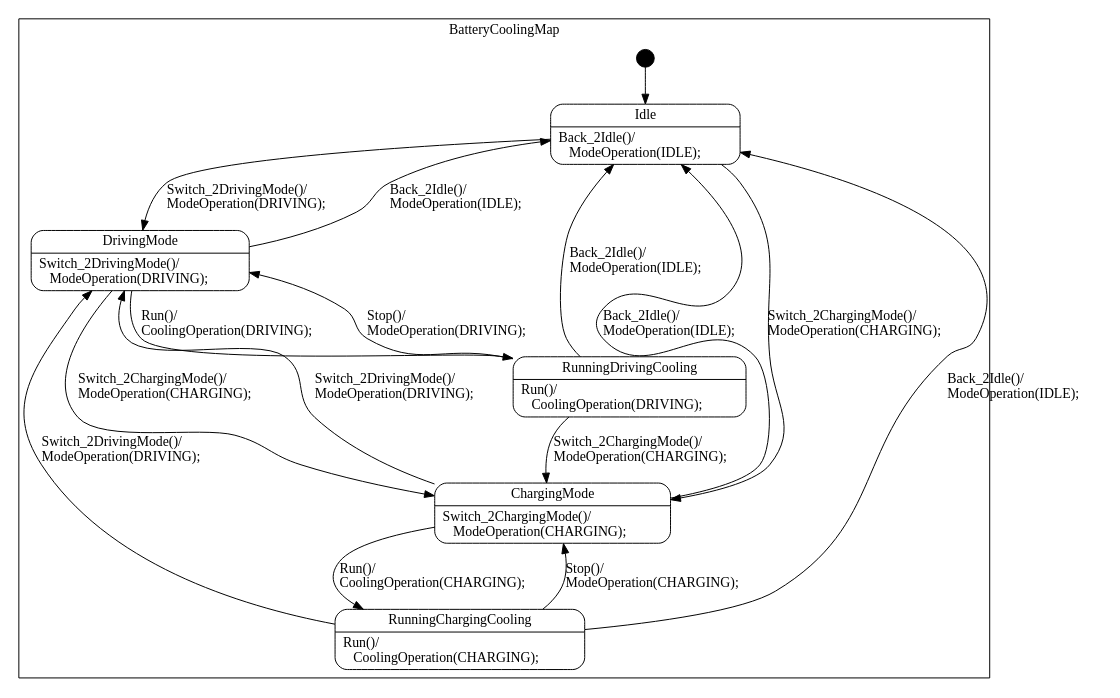
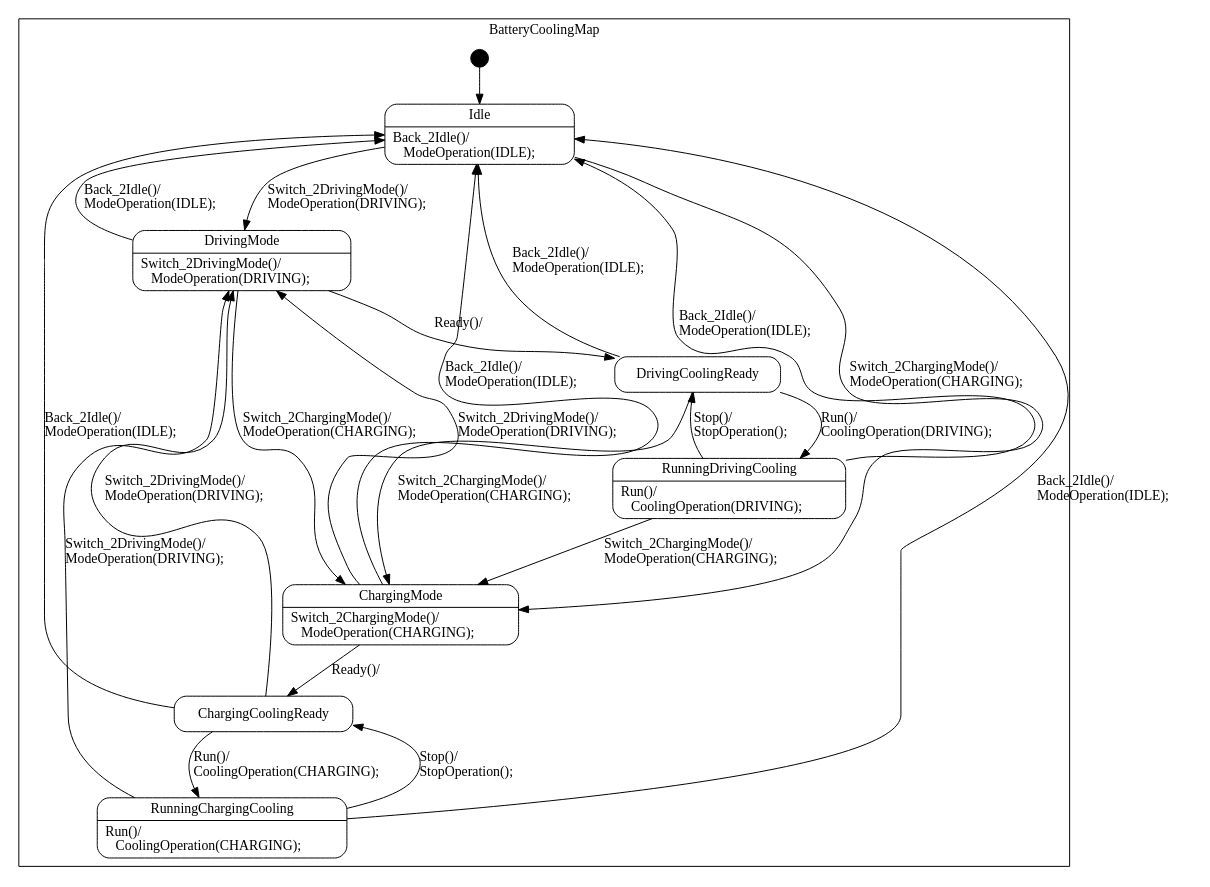
The diagram in C-practice/BatteryCooling_ES80/BatteryCooling_ES80_sm.dot (Hsu1685/SMC-Learning), drawn with Graphviz before and after one commit. The commit also changed 3 other files, not shown here.

```diff
--- a/C-practice/BatteryCooling_ES80/BatteryCooling_ES80_sm.dot
+++ b/C-practice/BatteryCooling_ES80/BatteryCooling_ES80_sm.dot
@@ -1,81 +1,105 @@
 digraph BatteryCooling_ES80 {
 
     node
         [shape=Mrecord width=1.5];
 
     subgraph cluster_BatteryCoolingMap {
 
         label="BatteryCoolingMap";
 
         //
         // States (Nodes)
         //
 
         "BatteryCoolingMap::Idle"
             [label="{Idle|Back_2Idle()/\l&nbsp;&nbsp;&nbsp;ModeOperation(IDLE);\l}"];
 
         "BatteryCoolingMap::DrivingMode"
             [label="{DrivingMode|Switch_2DrivingMode()/\l&nbsp;&nbsp;&nbsp;ModeOperation(DRIVING);\l}"];
 
         "BatteryCoolingMap::ChargingMode"
             [label="{ChargingMode|Switch_2ChargingMode()/\l&nbsp;&nbsp;&nbsp;ModeOperation(CHARGING);\l}"];
 
+        "BatteryCoolingMap::DrivingCoolingReady"
+            [label="{DrivingCoolingReady}"];
+
         "BatteryCoolingMap::RunningDrivingCooling"
             [label="{RunningDrivingCooling|Run()/\l&nbsp;&nbsp;&nbsp;CoolingOperation(DRIVING);\l}"];
+
+        "BatteryCoolingMap::ChargingCoolingReady"
+            [label="{ChargingCoolingReady}"];
 
         "BatteryCoolingMap::RunningChargingCooling"
             [label="{RunningChargingCooling|Run()/\l&nbsp;&nbsp;&nbsp;CoolingOperation(CHARGING);\l}"];
 
         "%start"
             [label="" shape=circle style=filled fillcolor=black width=0.25];
 
         //
         // Transitions (Edges)
         //
 
         "BatteryCoolingMap::Idle" -> "BatteryCoolingMap::DrivingMode"
             [label="Switch_2DrivingMode()/\lModeOperation(DRIVING);\l"];
 
         "BatteryCoolingMap::Idle" -> "BatteryCoolingMap::ChargingMode"
             [label="Switch_2ChargingMode()/\lModeOperation(CHARGING);\l"];
 
         "BatteryCoolingMap::DrivingMode" -> "BatteryCoolingMap::Idle"
             [label="Back_2Idle()/\lModeOperation(IDLE);\l"];
 
         "BatteryCoolingMap::DrivingMode" -> "BatteryCoolingMap::ChargingMode"
             [label="Switch_2ChargingMode()/\lModeOperation(CHARGING);\l"];
 
-        "BatteryCoolingMap::DrivingMode" -> "BatteryCoolingMap::RunningDrivingCooling"
-            [label="Run()/\lCoolingOperation(DRIVING);\l"];
+        "BatteryCoolingMap::DrivingMode" -> "BatteryCoolingMap::DrivingCoolingReady"
+            [label="Ready()/\l"];
 
         "BatteryCoolingMap::ChargingMode" -> "BatteryCoolingMap::Idle"
             [label="Back_2Idle()/\lModeOperation(IDLE);\l"];
 
         "BatteryCoolingMap::ChargingMode" -> "BatteryCoolingMap::DrivingMode"
             [label="Switch_2DrivingMode()/\lModeOperation(DRIVING);\l"];
 
-        "BatteryCoolingMap::ChargingMode" -> "BatteryCoolingMap::RunningChargingCooling"
-            [label="Run()/\lCoolingOperation(CHARGING);\l"];
+        "BatteryCoolingMap::ChargingMode" -> "BatteryCoolingMap::ChargingCoolingReady"
+            [label="Ready()/\l"];
 
-        "BatteryCoolingMap::RunningDrivingCooling" -> "BatteryCoolingMap::DrivingMode"
-            [label="Stop()/\lModeOperation(DRIVING);\l"];
+        "BatteryCoolingMap::DrivingCoolingReady" -> "BatteryCoolingMap::RunningDrivingCooling"
+            [label="Run()/\lCoolingOperation(DRIVING);\l"];
+
+        "BatteryCoolingMap::DrivingCoolingReady" -> "BatteryCoolingMap::Idle"
+            [label="Back_2Idle()/\lModeOperation(IDLE);\l"];
+
+        "BatteryCoolingMap::DrivingCoolingReady" -> "BatteryCoolingMap::ChargingMode"
+            [label="Switch_2ChargingMode()/\lModeOperation(CHARGING);\l"];
+
+        "BatteryCoolingMap::RunningDrivingCooling" -> "BatteryCoolingMap::DrivingCoolingReady"
+            [label="Stop()/\lStopOperation();\l"];
 
         "BatteryCoolingMap::RunningDrivingCooling" -> "BatteryCoolingMap::Idle"
             [label="Back_2Idle()/\lModeOperation(IDLE);\l"];
 
         "BatteryCoolingMap::RunningDrivingCooling" -> "BatteryCoolingMap::ChargingMode"
             [label="Switch_2ChargingMode()/\lModeOperation(CHARGING);\l"];
 
-        "BatteryCoolingMap::RunningChargingCooling" -> "BatteryCoolingMap::ChargingMode"
-            [label="Stop()/\lModeOperation(CHARGING);\l"];
+        "BatteryCoolingMap::ChargingCoolingReady" -> "BatteryCoolingMap::RunningChargingCooling"
+            [label="Run()/\lCoolingOperation(CHARGING);\l"];
+
+        "BatteryCoolingMap::ChargingCoolingReady" -> "BatteryCoolingMap::Idle"
+            [label="Back_2Idle()/\lModeOperation(IDLE);\l"];
+
+        "BatteryCoolingMap::ChargingCoolingReady" -> "BatteryCoolingMap::DrivingMode"
+            [label="Switch_2DrivingMode()/\lModeOperation(DRIVING);\l"];
+
+        "BatteryCoolingMap::RunningChargingCooling" -> "BatteryCoolingMap::ChargingCoolingReady"
+            [label="Stop()/\lStopOperation();\l"];
 
         "BatteryCoolingMap::RunningChargingCooling" -> "BatteryCoolingMap::Idle"
             [label="Back_2Idle()/\lModeOperation(IDLE);\l"];
 
         "BatteryCoolingMap::RunningChargingCooling" -> "BatteryCoolingMap::DrivingMode"
             [label="Switch_2DrivingMode()/\lModeOperation(DRIVING);\l"];
 
         "%start" -> "BatteryCoolingMap::Idle"
     }
 
 }
```
